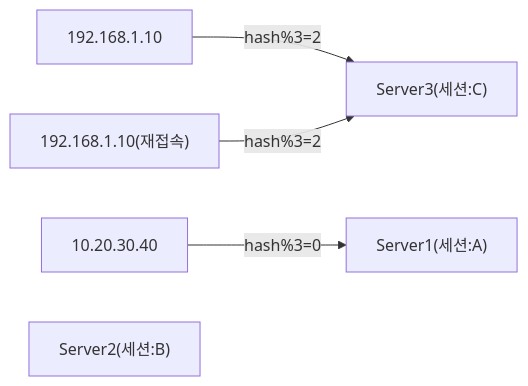
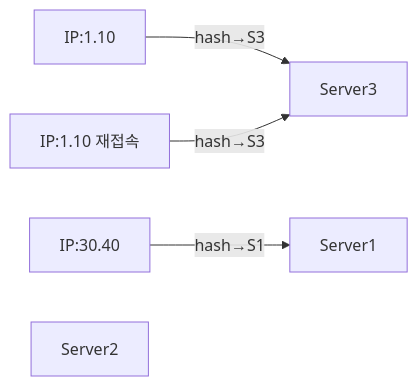
One commit to yjkim2015/yjkim2015.github.io changed the ninth of 18 diagrams in _posts/server/2026-05-01-nginx.md. Above: the diagram before and after it, drawn with Mermaid. The commit also changed other lines of this file and 245 other files, not shown here.

First line of the commit message:
Mermaid 다이어그램 전면 수정 + 면접 포인트 접기/펼치기 + DB 데드락 페이지

````diff
--- a/_posts/server/2026-05-01-nginx.md
+++ b/_posts/server/2026-05-01-nginx.md
@@ -322,7 +322,7 @@
 ```mermaid
 graph LR
-    C1["192.168.1.10"] -->|"hash%3=2"| S3["Server3(세션:C)"]
-    C2["192.168.1.10(재접속)"] -->|"hash%3=2"| S3
-    C3["10.20.30.40"] -->|"hash%3=0"| S1["Server1(세션:A)"]
-    S2["Server2(세션:B)"]
+    C1["IP:1.10"] -->|"hash→S3"| S3["Server3"]
+    C2["IP:1.10 재접속"] -->|"hash→S3"| S3
+    C3["IP:30.40"] -->|"hash→S1"| S1["Server1"]
+    S2["Server2"]
 ```
````
